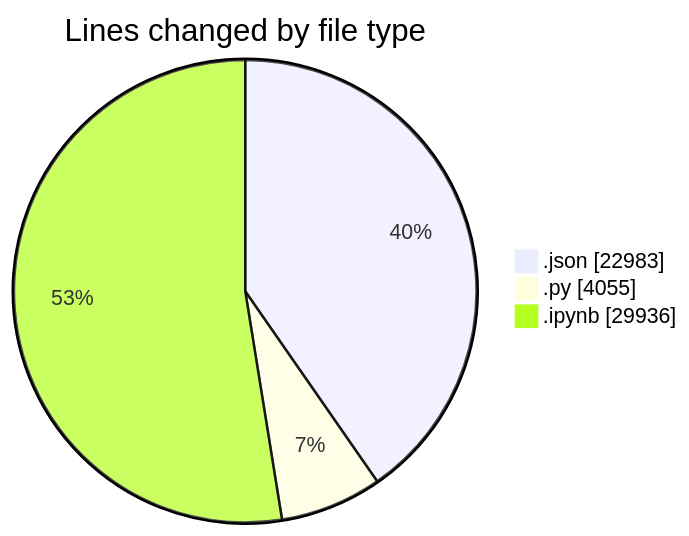
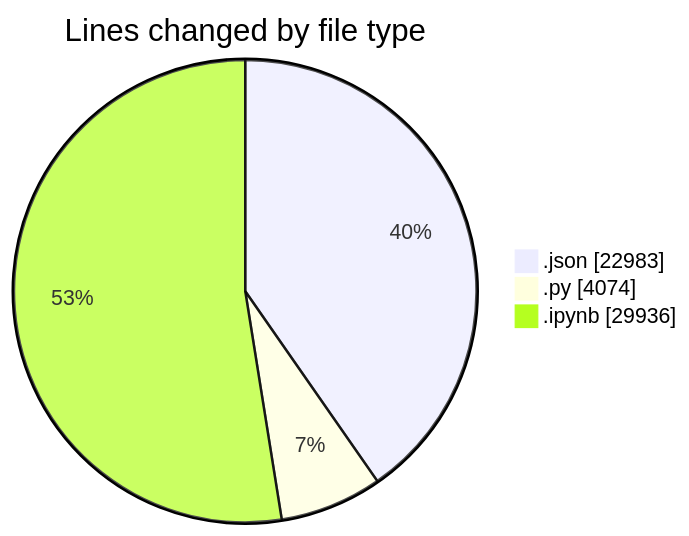
Before and after one commit to MatusMokan/code-tracking: the first of 2 diagrams in 2025-10-04/untitled__workspace_/README.md, drawn with Mermaid. The commit also changed other lines of this file and 1 other file, not shown here.

````diff
--- a/2025-10-04/untitled__workspace_/README.md
+++ b/2025-10-04/untitled__workspace_/README.md
@@ -35,7 +35,7 @@
 ```mermaid
 pie showData
 title Lines changed by file type
 ".json" : 22983
-".py" : 4055
+".py" : 4074
 ".ipynb" : 29936
 ```
````
